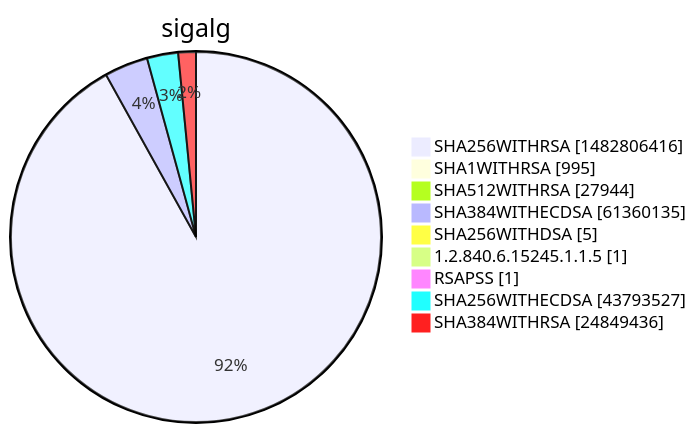
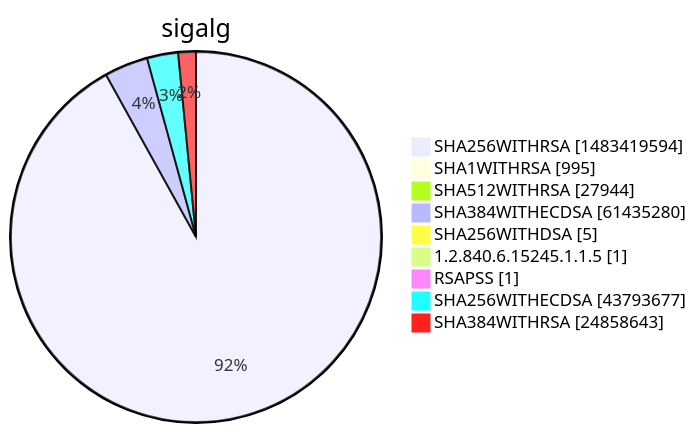
One commit to christiankrug/ctmonitor_visualization changed diagram 15 of 15 in xenon2022/README.md. Above: the diagram before and after it, drawn with Mermaid. The commit also changed other lines of this file, not shown here.

````diff
--- a/xenon2022/README.md
+++ b/xenon2022/README.md
@@ -5863,13 +5863,13 @@
 ```mermaid
 pie showData
 title sigalg
-"SHA256WITHRSA" :1482806416
+"SHA256WITHRSA" :1483419594
 "SHA1WITHRSA" :995
 "SHA512WITHRSA" :27944
-"SHA384WITHECDSA" :61360135
+"SHA384WITHECDSA" :61435280
 "SHA256WITHDSA" :5
 "1.2.840.6.15245.1.1.5" :1
 "RSAPSS" :1
-"SHA256WITHECDSA" :43793527
-"SHA384WITHRSA" :24849436
+"SHA256WITHECDSA" :43793677
+"SHA384WITHRSA" :24858643
 ```
````
